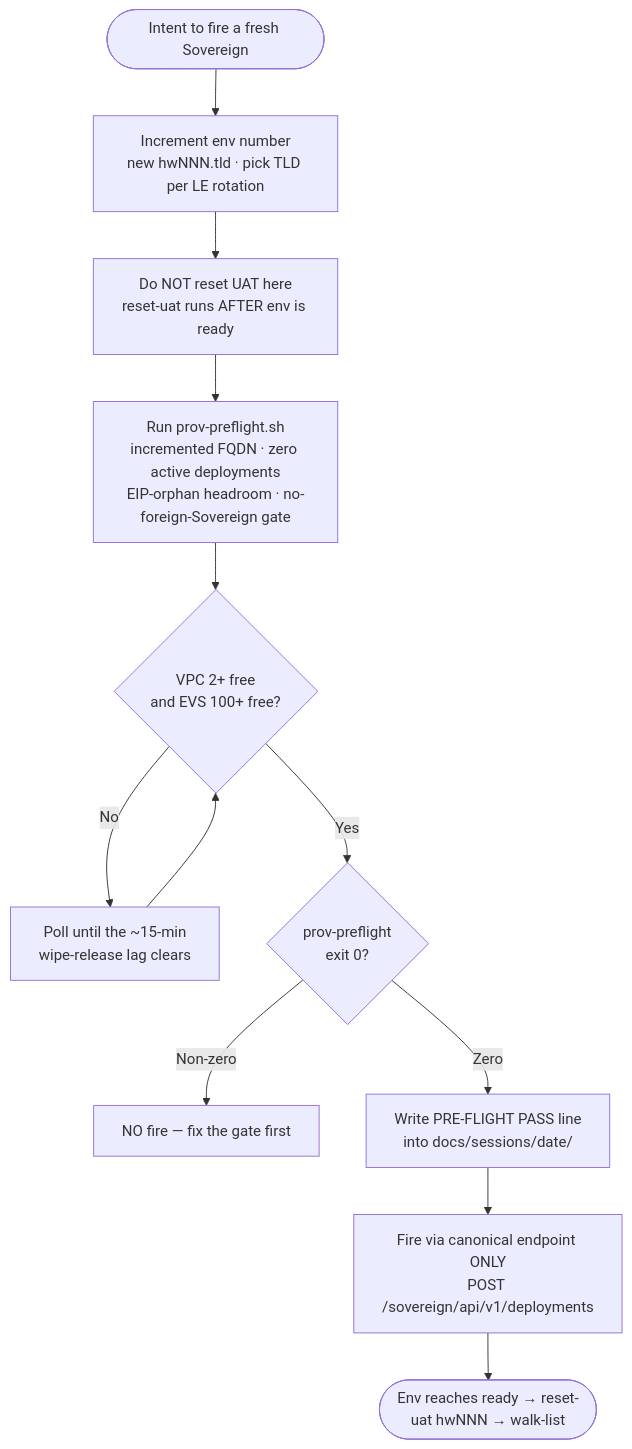
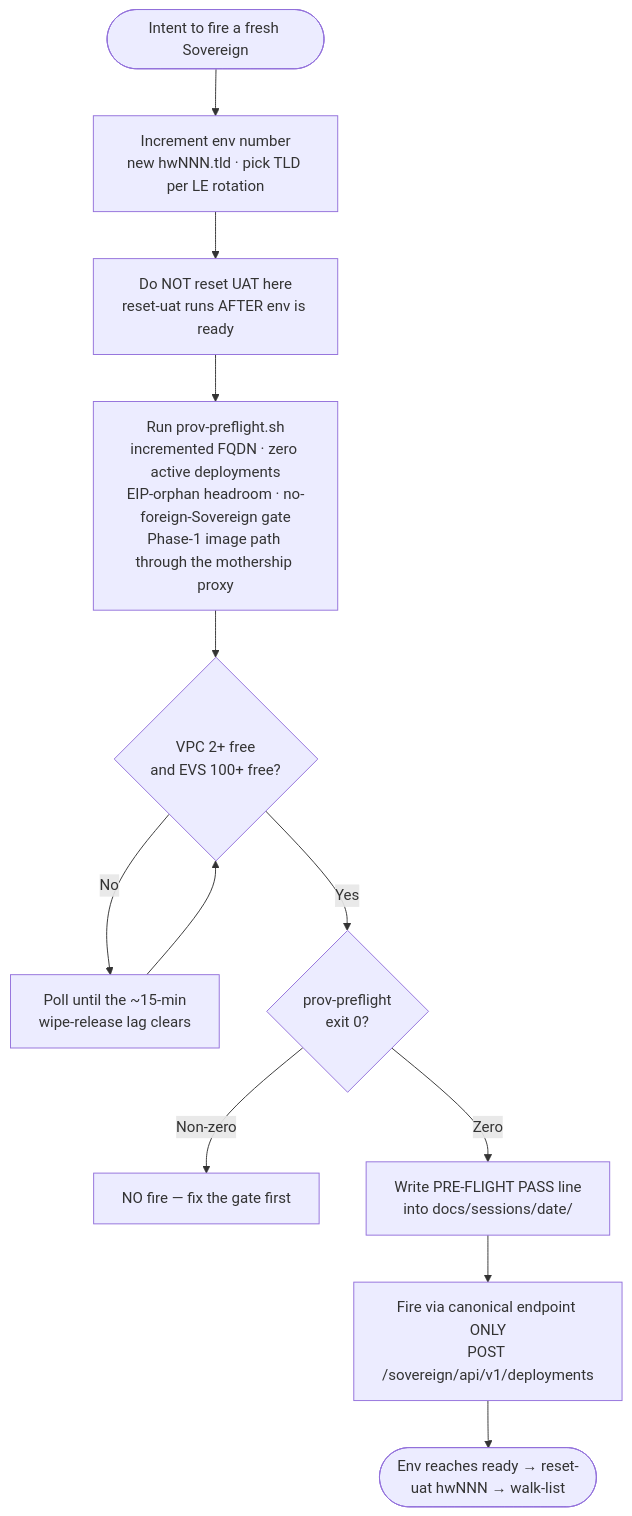
The first of 13 diagrams in docs/RUNBOOKS.md (openova-io/openova), drawn with Mermaid before and after one commit. The commit also changed other lines of this file and 11 other files, not shown here.

````diff
--- a/docs/RUNBOOKS.md
+++ b/docs/RUNBOOKS.md
@@ -61,14 +61,14 @@
 ```mermaid
 flowchart TD
   Start(["Intent to fire a fresh Sovereign"]) --> Inc["Increment env number<br/>new hwNNN.tld · pick TLD per LE rotation"]
   Inc --> NoReset["Do NOT reset UAT here<br/>reset-uat runs AFTER env is ready"]
-  NoReset --> Gate["Run prov-preflight.sh<br/>incremented FQDN · zero active deployments<br/>EIP-orphan headroom · no-foreign-Sovereign gate"]
+  NoReset --> Gate["Run prov-preflight.sh<br/>incremented FQDN · zero active deployments<br/>EIP-orphan headroom · no-foreign-Sovereign gate<br/>Phase-1 image path through the mothership proxy"]
   Gate --> Quota{"VPC 2+ free<br/>and EVS 100+ free?"}
   Quota -- "No" --> Poll["Poll until the ~15-min<br/>wipe-release lag clears"]
   Poll --> Quota
   Quota -- "Yes" --> Exit{"prov-preflight<br/>exit 0?"}
   Exit -- "Non-zero" --> Stop["NO fire — fix the gate first"]
   Exit -- "Zero" --> Evi["Write PRE-FLIGHT PASS line<br/>into docs/sessions/date/"]
   Evi --> Fire["Fire via canonical endpoint ONLY<br/>POST /sovereign/api/v1/deployments"]
   Fire --> Ready(["Env reaches ready → reset-uat hwNNN → walk-list"])
 ```
````
